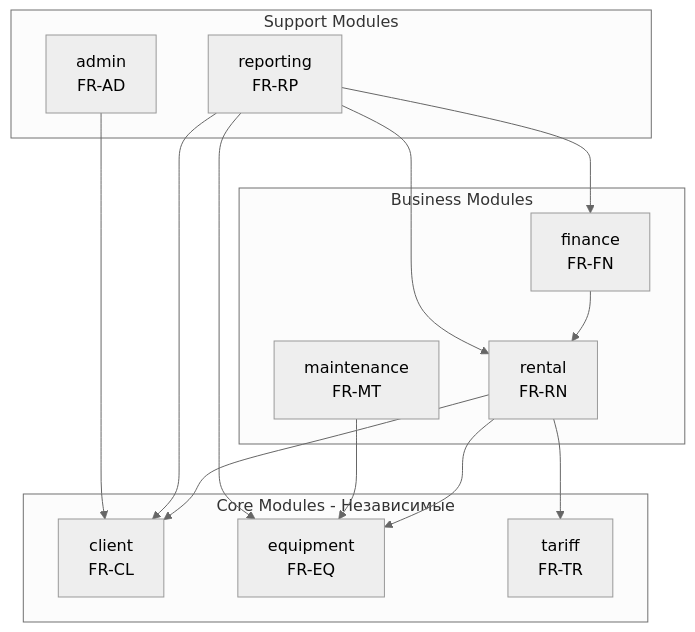
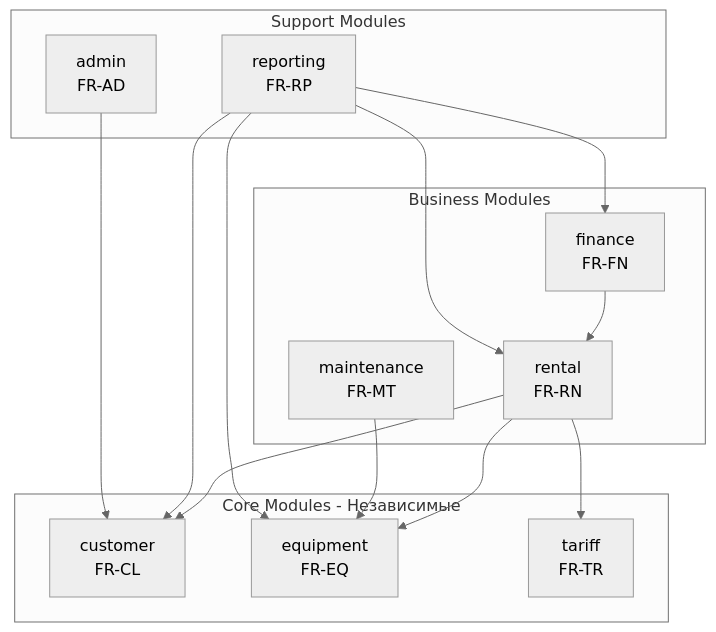
Before and after one commit to JenkaBY/bike-rental: the first of 5 diagrams in docs/backend-architecture.md, drawn with Mermaid (neutral theme). The commit also changed other lines of this file and 5 other files, not shown here.

Commit message:
docs: rename client to customer

````diff
--- a/docs/backend-architecture.md
+++ b/docs/backend-architecture.md
@@ -36,30 +36,30 @@
 ```mermaid
 flowchart TB
     subgraph CoreModules [Core Modules - Независимые]
-        Client[client<br/>FR-CL]
+        Customer[customer<br/>FR-CL]
         Equipment[equipment<br/>FR-EQ]
         Tariff[tariff<br/>FR-TR]
     end
 
     subgraph BusinessModules [Business Modules]
         Rental[rental<br/>FR-RN]
         Finance[finance<br/>FR-FN]
         Maintenance[maintenance<br/>FR-MT]
     end
 
     subgraph SupportModules [Support Modules]
         Reporting[reporting<br/>FR-RP]
         Admin[admin<br/>FR-AD]
     end
 
-    Rental --> Client
+    Rental --> Customer
     Rental --> Equipment
     Rental --> Tariff
     Finance --> Rental
     Maintenance --> Equipment
     Reporting --> Rental
     Reporting --> Finance
-    Reporting --> Client
+    Reporting --> Customer
     Reporting --> Equipment
-    Admin --> Client
+    Admin --> Customer
 ```
````
